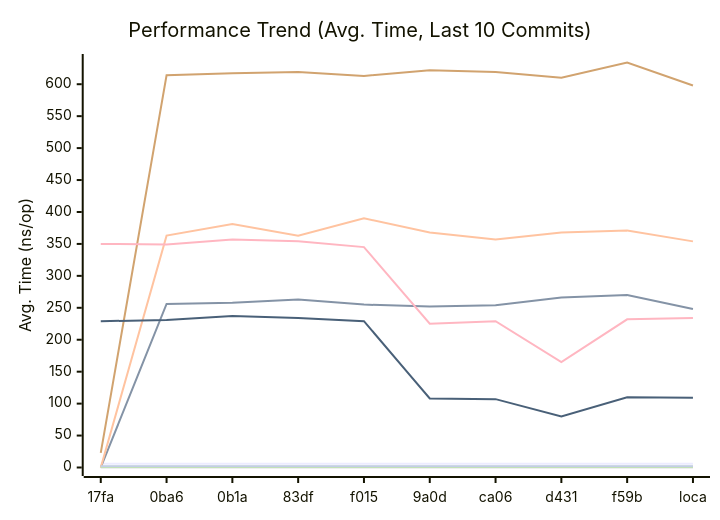
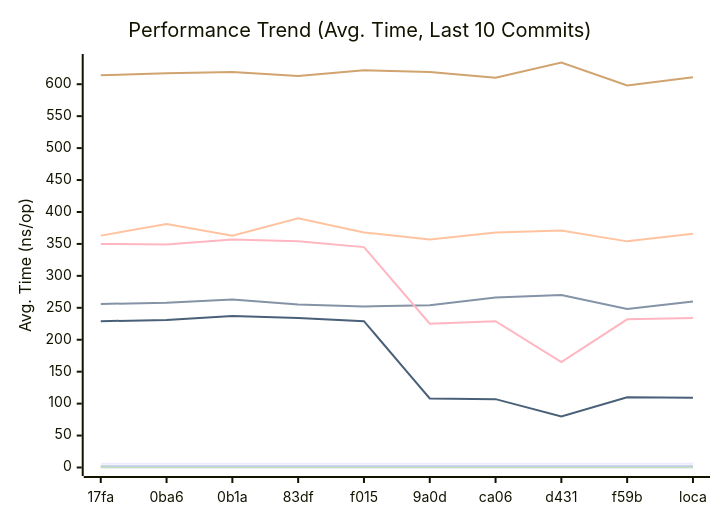
The first of 3 diagrams in docs/PERFORMANCE.md (alsotoes/momo), drawn with Mermaid before and after one commit. The commit also changed other lines of this file and 2 other files, not shown here.

Commit message:
docs: correct Splay and Primary-Splay replication diagrams in ARCHITECTURE.md

````diff
--- a/docs/PERFORMANCE.md
+++ b/docs/PERFORMANCE.md
@@ -80,16 +80,16 @@
 ```mermaid
 xychart-beta
     title "Performance Trend (Avg. Time, Last 10 Commits)"
     x-axis "Commit"
     y-axis "Avg. Time (ns/op)"
     x-axis [17fa,0ba6,0b1a,83df,f015,9a0d,ca06,d431,f59b,loca]
     line "CheckMetricsAndSwap" [6,6,6,6,6,6,6,6,6,6]
-    line "CrushOptimized" [0,256,258,263,255,252,254,266,270,248]
-    line "CrushOriginal" [0,363,381,363,390,368,357,368,371,354]
+    line "CrushOptimized" [256,258,263,255,252,254,266,270,248,260]
+    line "CrushOriginal" [363,381,363,390,368,357,368,371,354,366]
     line "IndexDirectTracking" [0,0,0,0,0,0,0,0,0,0]
     line "IndexSearch" [1,1,1,1,1,1,1,1,1,1]
-    line "LoadGlobalConfig" [23,614,617,619,613,622,619,610,634,598]
+    line "LoadGlobalConfig" [614,617,619,613,622,619,610,634,598,611]
     line "PadString" [2,2,2,2,2,2,2,2,2,2]
     line "ParseReplicationOrder_NoPrealloc" [350,349,357,354,345,225,229,165,232,234]
     line "ParseReplicationOrder_Prealloc" [229,231,237,234,229,108,107,80,110,109]
 ```
````
